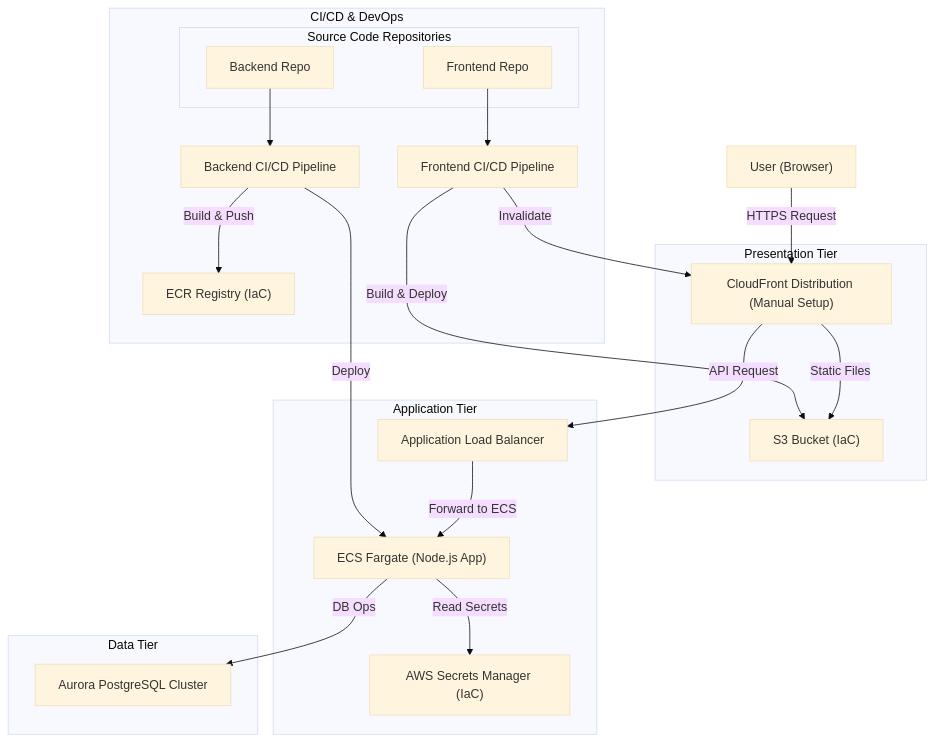
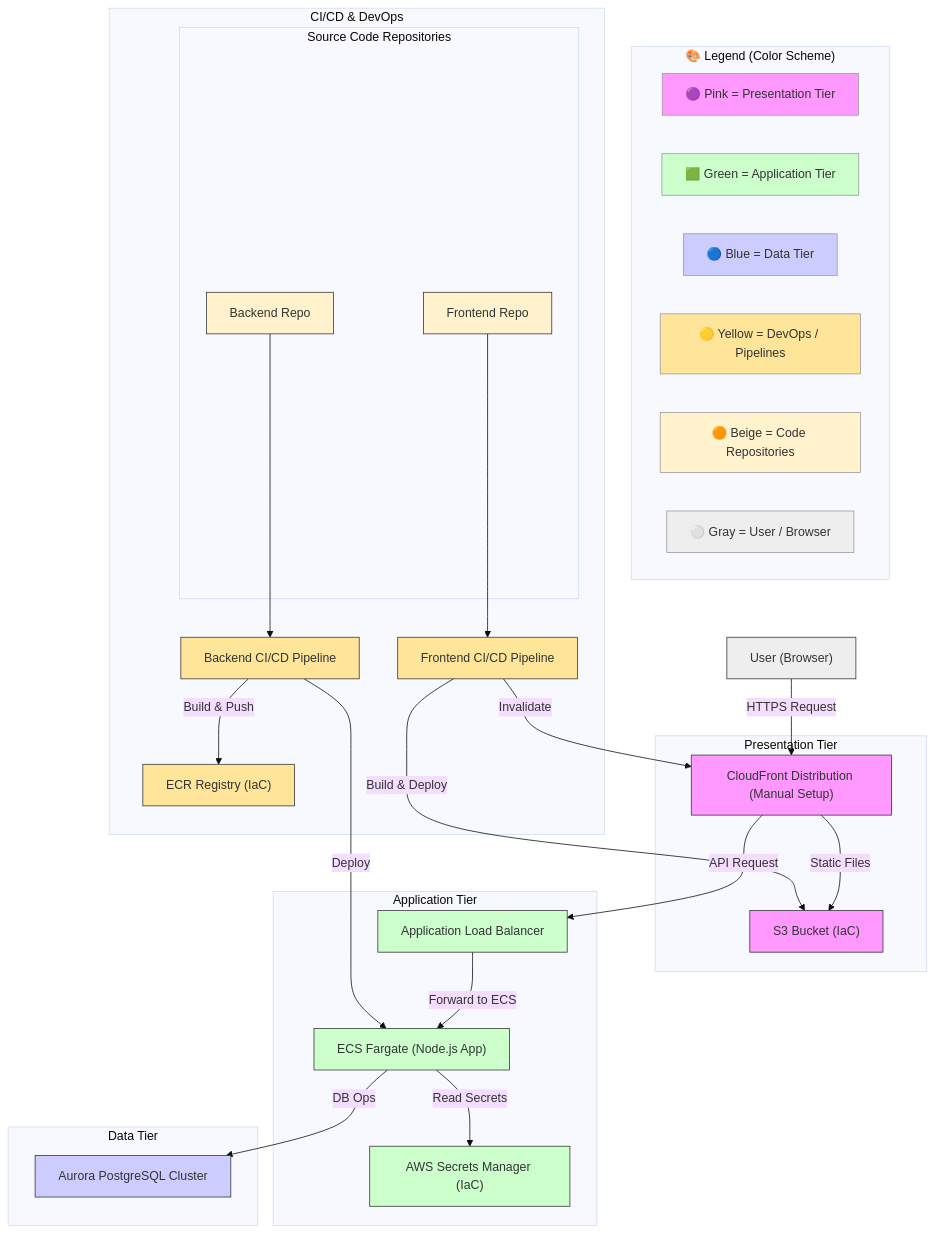
The diagram in README.md (Grambot-ops/REACT-SEC-OPS), drawn with Mermaid (base theme) before and after one commit.

````diff
--- a/README.md
+++ b/README.md
@@ -64,5 +64,15 @@
 ```mermaid
 graph TD
+    %% Legend (drawn as a separate subgraph)
+    subgraph Legend["🎨 Legend (Color Scheme)"]
+        L1["🟣 Pink = Presentation Tier"]
+        L2["🟩 Green = Application Tier"]
+        L3["🔵 Blue = Data Tier"]
+        L4["🟡 Yellow = DevOps / Pipelines"]
+        L5["🟠 Beige = Code Repositories"]
+        L6["⚪ Gray = User / Browser"]
+    end
+
     %% User
     User["User (Browser)"]
 
@@ -112,4 +122,31 @@
     FrontendCode --> FrontendPipeline
     FrontendPipeline -->|Build & Deploy| S3
     FrontendPipeline -->|Invalidate| CF
+
+    %% Color Styling
+    style CF fill:#f9f,stroke:#333,stroke-width:1px
+    style S3 fill:#f9f,stroke:#333,stroke-width:1px
+
+    style ALB fill:#cfc,stroke:#333,stroke-width:1px
+    style ECS fill:#cfc,stroke:#333,stroke-width:1px
+    style Secrets fill:#cfc,stroke:#333,stroke-width:1px
+
+    style DB fill:#ccf,stroke:#333,stroke-width:1px
+
+    style BackendPipeline fill:#ffe599,stroke:#333,stroke-width:1px
+    style FrontendPipeline fill:#ffe599,stroke:#333,stroke-width:1px
+    style ECR fill:#ffe599,stroke:#333,stroke-width:1px
+
+    style SourceCode fill:#fff2cc,stroke:#333,stroke-width:1px
+    style FrontendCode fill:#fff2cc,stroke:#333,stroke-width:1px
+
+    style User fill:#eee,stroke:#333,stroke-width:1px
+
+    %% Legend colors
+    style L1 fill:#f9f,stroke:#999,stroke-width:1px
+    style L2 fill:#cfc,stroke:#999,stroke-width:1px
+    style L3 fill:#ccf,stroke:#999,stroke-width:1px
+    style L4 fill:#ffe599,stroke:#999,stroke-width:1px
+    style L5 fill:#fff2cc,stroke:#999,stroke-width:1px
+    style L6 fill:#eee,stroke:#999,stroke-width:1px
 ```
````
